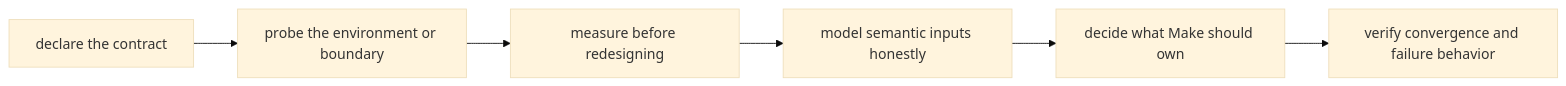
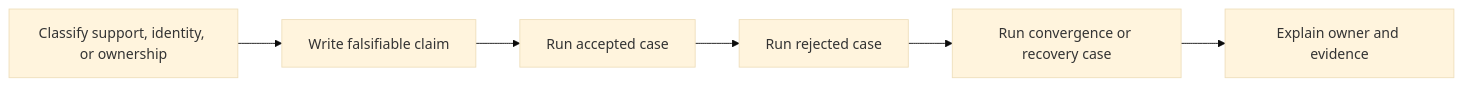
One commit to bijux/bijux-masterclass changed the first of 2 diagrams in programs/reproducible-research/deep-dive-make/course-book/module-05-portability-hermeticity-failure-modes/exercises.md. Above: the diagram before and after it, drawn with Mermaid (base theme). The commit also changed other lines of this file, not shown here.

Commit message:
docs(make): make hardening practice cumulative

````diff
--- a/programs/reproducible-research/deep-dive-make/course-book/module-05-portability-hermeticity-failure-modes/exercises.md
+++ b/programs/reproducible-research/deep-dive-make/course-book/module-05-portability-hermeticity-failure-modes/exercises.md
@@ -71,11 +25,11 @@
 ```mermaid
 flowchart LR
-  declare["declare the contract"]
-  probe["probe the environment or boundary"]
-  measure["measure before redesigning"]
-  model["model semantic inputs honestly"]
-  decide["decide what Make should own"]
-  verify["verify convergence and failure behavior"]
+  classify["Classify support, identity, or ownership"]
+  claim["Write falsifiable claim"]
+  accept["Run accepted case"]
+  reject["Run rejected case"]
+  settle["Run convergence or recovery case"]
+  review["Explain owner and evidence"]
 
-  declare --> probe --> measure --> model --> decide --> verify
+  classify --> claim --> accept --> reject --> settle --> review
 ```
````
